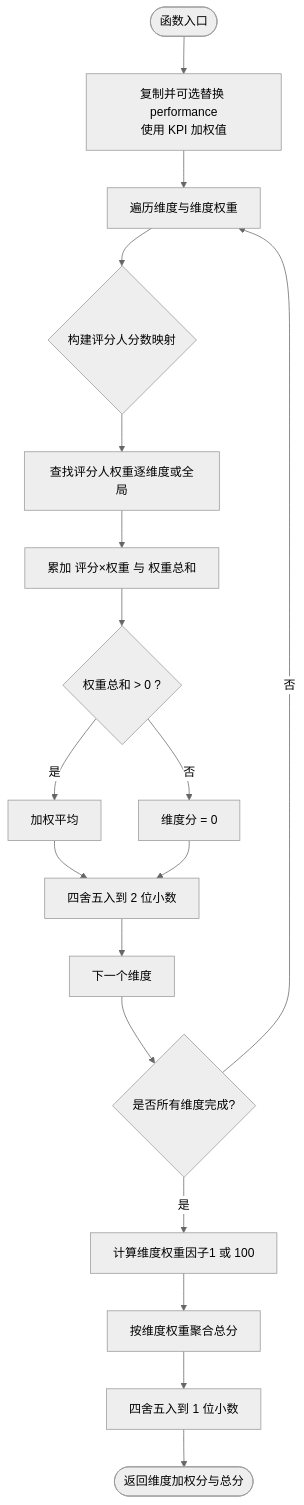
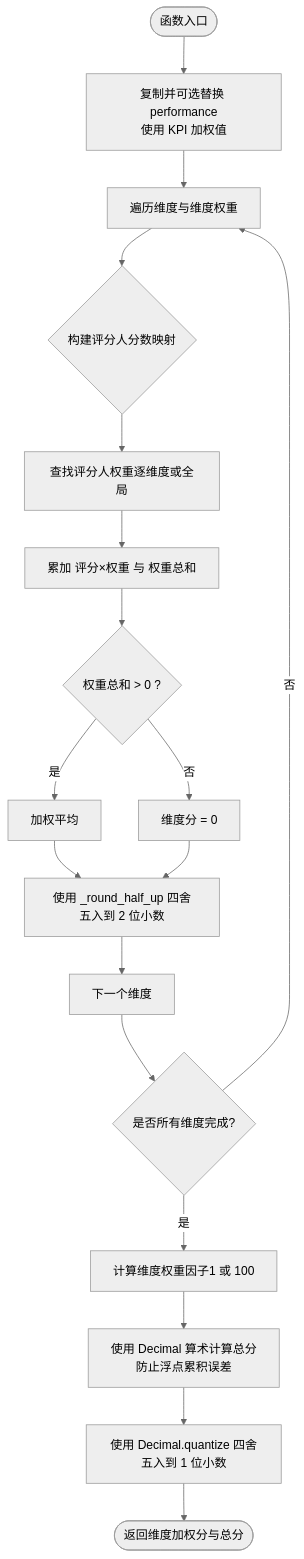
Before and after one commit to xgd561/performance_evaluation_system: the fourth of 6 diagrams in .qoder/repowiki/zh/content/评分系统/加权计算引擎.md, drawn with Mermaid (neutral theme). The commit also changed other lines of this file and 136 other files, not shown here.

````diff
--- a/.qoder/repowiki/zh/content/评分系统/加权计算引擎.md
+++ b/.qoder/repowiki/zh/content/评分系统/加权计算引擎.md
@@ -118,20 +151,20 @@
 ```mermaid
 flowchart TD
 Start(["函数入口"]) --> CopyScores["复制并可选替换 performance<br/>使用 KPI 加权值"]
 CopyScores --> LoopDims["遍历维度与维度权重"]
 LoopDims --> BuildScores{"构建评分人分数映射"}
 BuildScores --> RWLookup["查找评分人权重逐维度或全局"]
 RWLookup --> WeightedSum["累加 评分×权重 与 权重总和"]
 WeightedSum --> Normalize{"权重总和 > 0 ?"}
 Normalize --> |是| Avg["加权平均"]
 Normalize --> |否| Zero["维度分 = 0"]
-Avg --> RoundDim["四舍五入到 2 位小数"]
+Avg --> RoundDim["使用 _round_half_up 四舍五入到 2 位小数"]
 Zero --> RoundDim
 RoundDim --> NextDim["下一个维度"]
 NextDim --> EndDims{"是否所有维度完成?"}
 EndDims --> |否| LoopDims
 EndDims --> |是| DimFactor["计算维度权重因子1 或 100"]
-DimFactor --> Total["按维度权重聚合总分"]
-Total --> RoundTotal["四舍五入到 1 位小数"]
+DimFactor --> TotalCalc["使用 Decimal 算术计算总分<br/>防止浮点累积误差"]
+TotalCalc --> RoundTotal["使用 Decimal.quantize 四舍五入到 1 位小数"]
 RoundTotal --> Return(["返回维度加权分与总分"])
 ```
````
